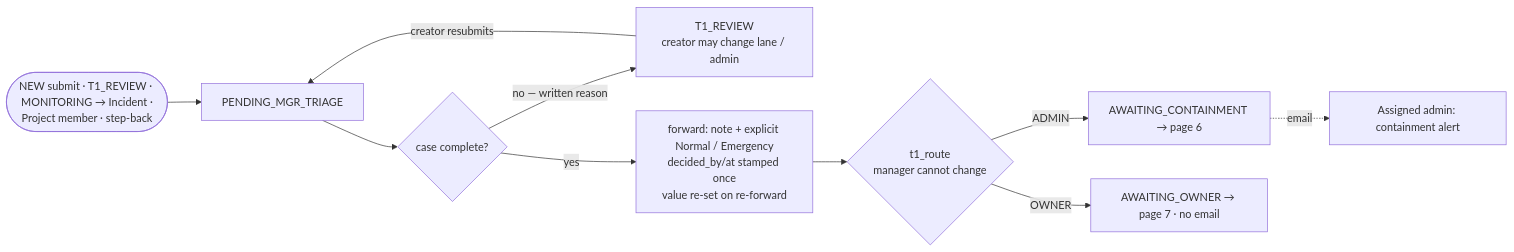
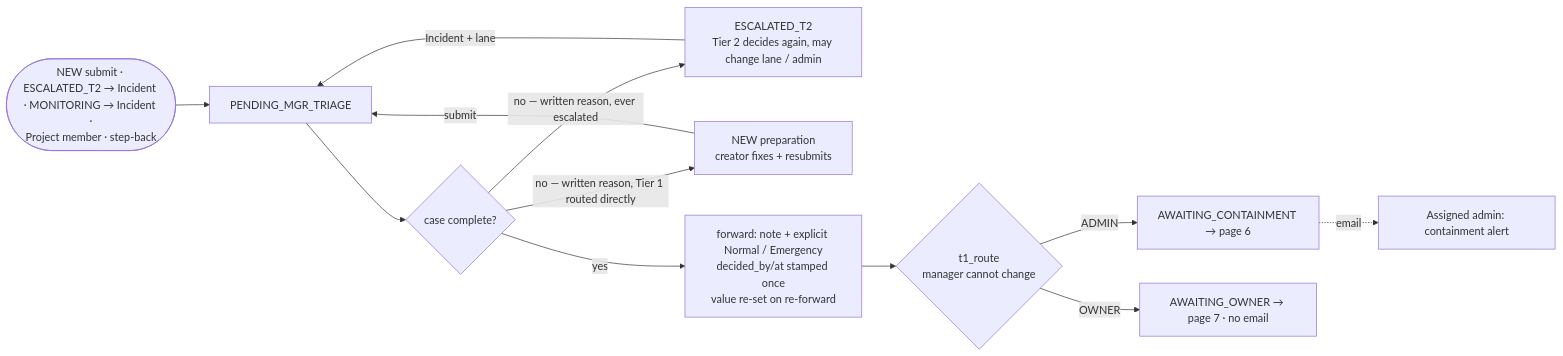
One commit to Getter939/SOC_Ticket changed the fifth of 11 diagrams in docs/architecture/soc-end-to-end-workflow.md. Above: the diagram before and after it, drawn with Mermaid. The commit also changed other lines of this file and 45 other files, not shown here.

````diff
--- a/docs/architecture/soc-end-to-end-workflow.md
+++ b/docs/architecture/soc-end-to-end-workflow.md
@@ -160,12 +160,14 @@
 ```mermaid
 flowchart LR
-    IN([NEW submit · T1_REVIEW · MONITORING → Incident ·<br/>Project member · step-back]) --> MT[PENDING_MGR_TRIAGE]
+    IN([NEW submit · ESCALATED_T2 → Incident · MONITORING → Incident ·<br/>Project member · step-back]) --> MT[PENDING_MGR_TRIAGE]
     MT --> OK{case complete?}
-    OK -->|no — written reason| T1R[T1_REVIEW<br/>creator may change lane / admin]
-    T1R -->|creator resubmits| MT
+    OK -->|no — written reason, ever escalated| ESC[ESCALATED_T2<br/>Tier 2 decides again, may change lane / admin]
+    OK -->|no — written reason, Tier 1 routed directly| NEW[NEW preparation<br/>creator fixes + resubmits]
+    ESC -->|Incident + lane| MT
+    NEW -->|submit| MT
     OK -->|yes| AS[forward: note + explicit Normal / Emergency<br/>decided_by/at stamped once<br/>value re-set on re-forward]
     AS --> RT{t1_route<br/>manager cannot change}
     RT -->|ADMIN| AC[AWAITING_CONTAINMENT → page 6]
     RT -->|OWNER| AO[AWAITING_OWNER → page 7 · no email]
     AC -.->|email| M[Assigned admin: containment alert]
 ```
````
